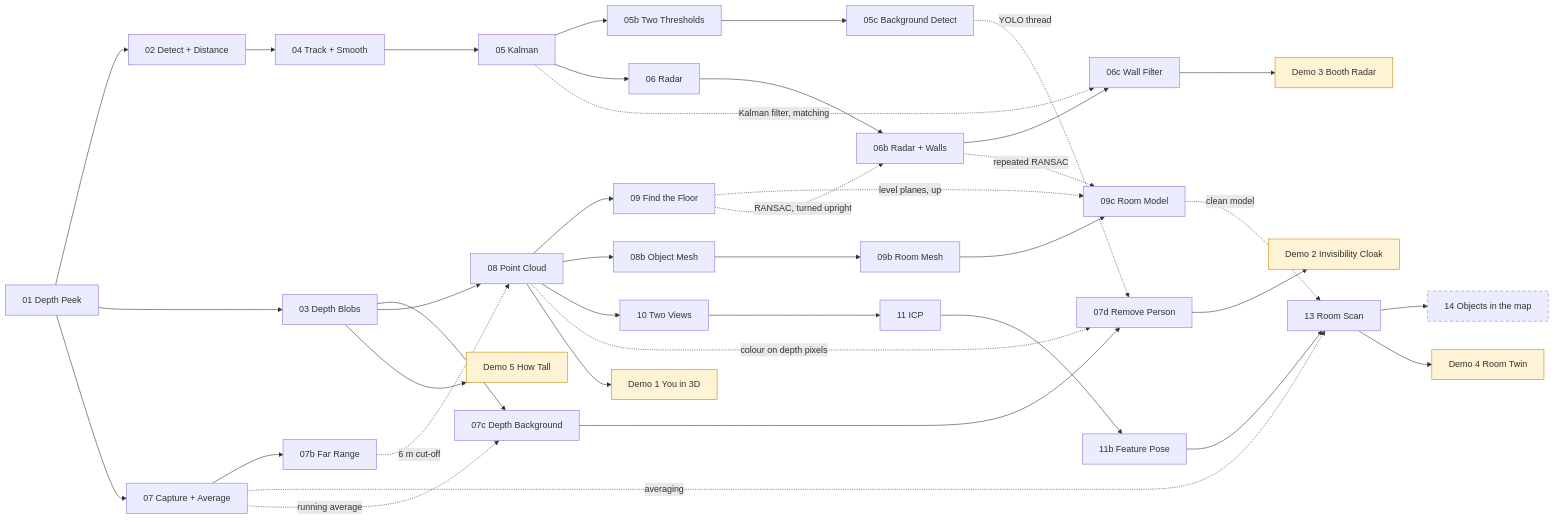
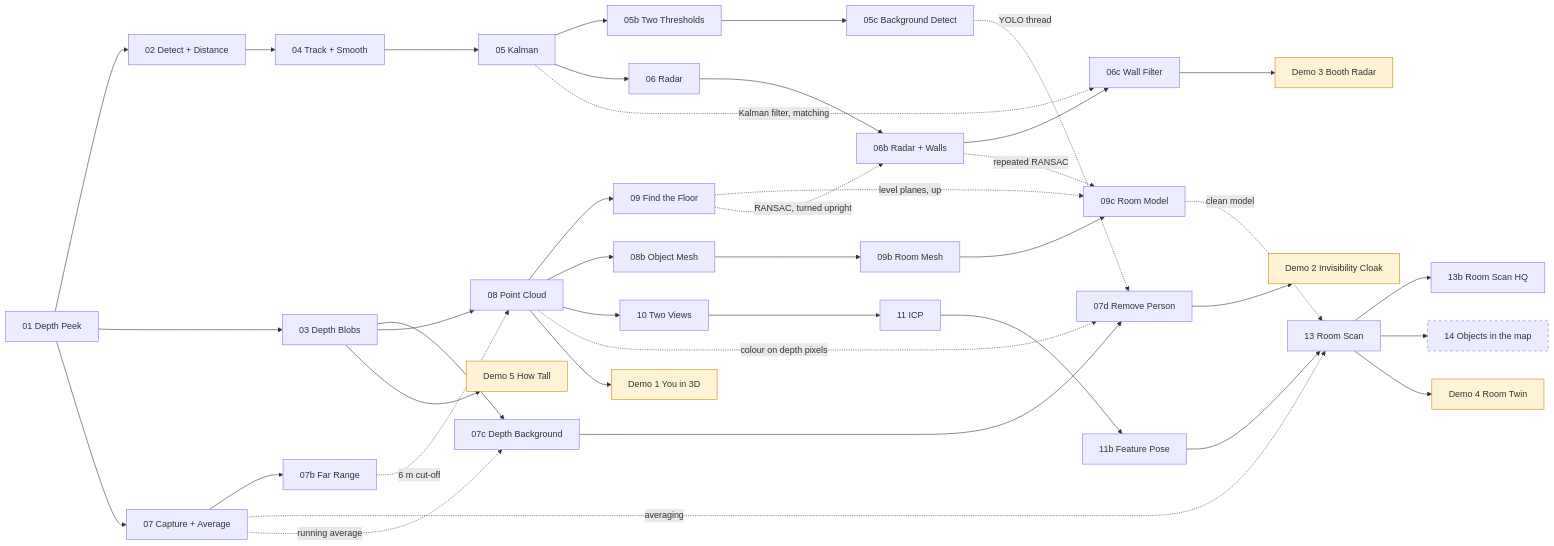
Before and after one commit to Kramav/Spotter: the first of 25 diagrams in exercises/cpp/EXAMPLES.md, drawn with Mermaid. The commit also changed other lines of this file and 10 other files, not shown here.

````diff
--- a/exercises/cpp/EXAMPLES.md
+++ b/exercises/cpp/EXAMPLES.md
@@ -14,35 +14,36 @@
 ```mermaid
 flowchart LR
     E01["01 Depth Peek"] --> E02["02 Detect + Distance"] --> E04["04 Track + Smooth"] --> E05["05 Kalman"]
     E05 --> E05b["05b Two Thresholds"] --> E05c["05c Background Detect"]
     E05 --> E06["06 Radar"] --> E06b["06b Radar + Walls"] --> E06c["06c Wall Filter"]
     E01 --> E03["03 Depth Blobs"] --> E07c["07c Depth Background"] --> E07d["07d Remove Person"]
     E01 --> E07["07 Capture + Average"] --> E07b["07b Far Range"]
     E03 --> E08["08 Point Cloud"]
     E08 --> E09["09 Find the Floor"]
     E08 --> E08b["08b Object Mesh"] --> E09b["09b Room Mesh"] --> E09c["09c Room Model"]
     E09 -.->|level planes, up| E09c
     E06b -.->|repeated RANSAC| E09c
     E08 --> E10["10 Two Views"] --> E11["11 ICP"] --> E11b["11b Feature Pose"] --> E13["13 Room Scan"]
     E09c -.->|clean model| E13
     E07 -.->|averaging| E13
     E07 -.->|running average| E07c
     E05c -.->|YOLO thread| E07d
     E08 -.->|colour on depth pixels| E07d
     E07b -.->|6 m cut-off| E08
     E09 -.->|RANSAC, turned upright| E06b
     E05 -.->|Kalman filter, matching| E06c
 
+    E13 --> E13b["13b Room Scan HQ"]
     E13 --> E14["14 Objects in the map"]
 
     E08 --> D1["Demo 1 You in 3D"]
     E07d --> D2["Demo 2 Invisibility Cloak"]
     E06c --> D3["Demo 3 Booth Radar"]
     E13 --> D4["Demo 4 Room Twin"]
     E03 --> D5["Demo 5 How Tall"]
 
     classDef planned stroke-dasharray: 5 5
     class E14 planned
     classDef demo fill:#fff3d6,stroke:#c08a00
     class D1,D2,D3,D4,D5 demo
 ```
````
